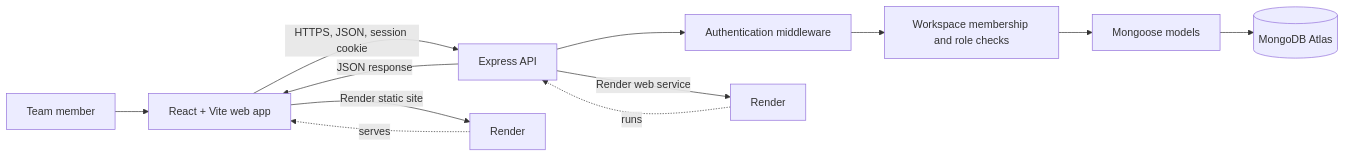
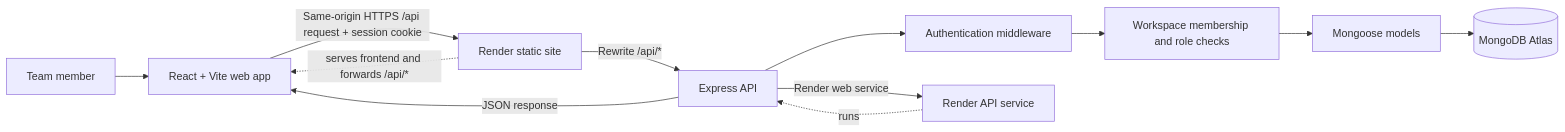
One commit to rachit1807/TaskFlow-Pro changed the first of 3 diagrams in README.md. Above: the diagram before and after it, drawn with Mermaid. The commit also changed other lines of this file and 3 other files, not shown here.

Commit message:
Route API through web origin for Safari sessions

````diff
--- a/README.md
+++ b/README.md
@@ -63,14 +63,14 @@
 ```mermaid
 flowchart LR
     Person[Team member] --> Browser[React + Vite web app]
-    Browser -->|HTTPS, JSON, session cookie| API[Express API]
+    Browser -->|Same-origin HTTPS /api request + session cookie| WebHost[Render static site]
+    WebHost -->|Rewrite /api/*| API[Express API]
     API --> Auth[Authentication middleware]
     Auth --> Access[Workspace membership and role checks]
     Access --> Models[Mongoose models]
     Models --> DB[(MongoDB Atlas)]
     API -->|JSON response| Browser
-    Browser -->|Render static site| WebHost[Render]
-    API -->|Render web service| ApiHost[Render]
-    WebHost -.->|serves| Browser
+    WebHost -.->|serves frontend and forwards /api/*| Browser
+    API -->|Render web service| ApiHost[Render API service]
     ApiHost -.->|runs| API
 ```
````
